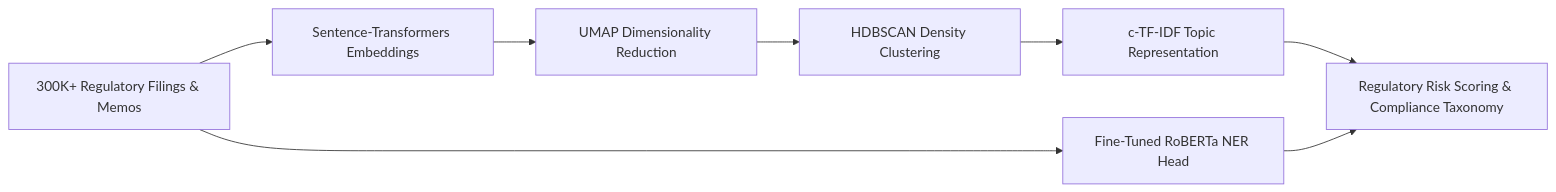
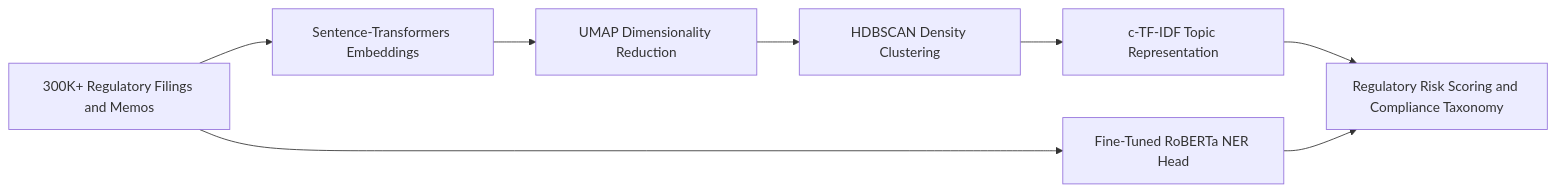
One commit to Prateek-N/preprationstuff changed the third of 7 diagrams in haritha_part1.md. Above: the diagram before and after it, drawn with Mermaid. The commit also changed other lines of this file and 5 other files, not shown here.

Commit message:
Fix Mermaid diagram syntax in System 2 flow and quote all node labels for Mermaid 11.x

````diff
--- a/haritha_part1.md
+++ b/haritha_part1.md
@@ -105,9 +106,10 @@
 ```mermaid
 flowchart LR
-    A[300K+ Regulatory Filings & Memos] --> B[Sentence-Transformers Embeddings]
-    B --> C[UMAP Dimensionality Reduction]
-    C --> D[HDBSCAN Density Clustering]
-    D --> E[c-TF-IDF Topic Representation]
-    A --> F[Fine-Tuned RoBERTa NER Head]
-    E & F --> G[Regulatory Risk Scoring & Compliance Taxonomy]
+    A["300K+ Regulatory Filings and Memos"] --> B["Sentence-Transformers Embeddings"]
+    B --> C["UMAP Dimensionality Reduction"]
+    C --> D["HDBSCAN Density Clustering"]
+    D --> E["c-TF-IDF Topic Representation"]
+    A --> F["Fine-Tuned RoBERTa NER Head"]
+    E --> G["Regulatory Risk Scoring and Compliance Taxonomy"]
+    F --> G
 ```
````
